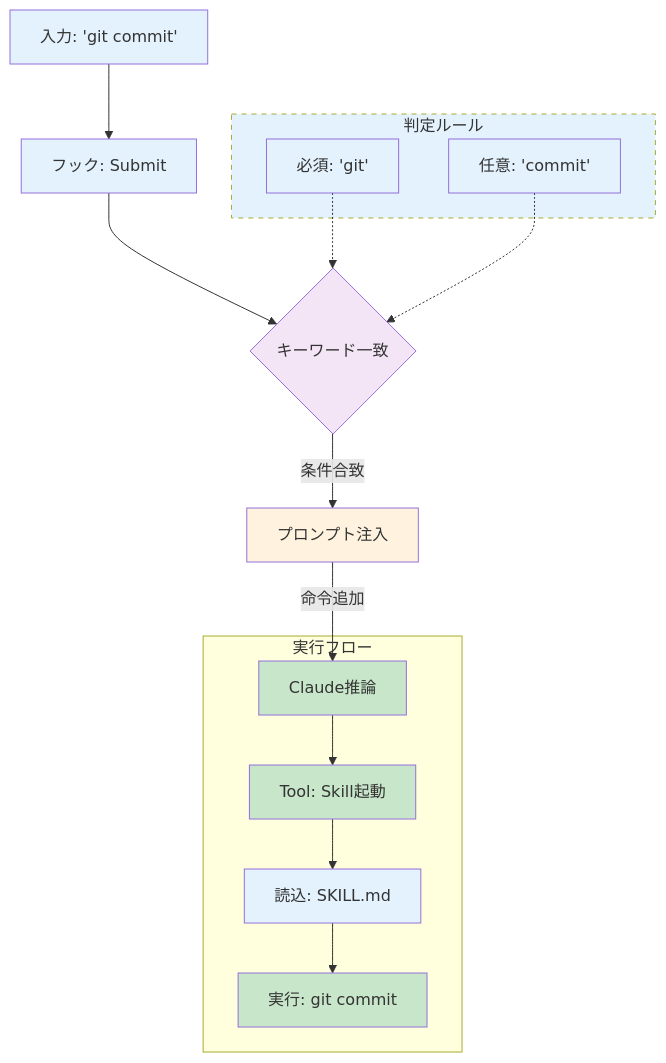
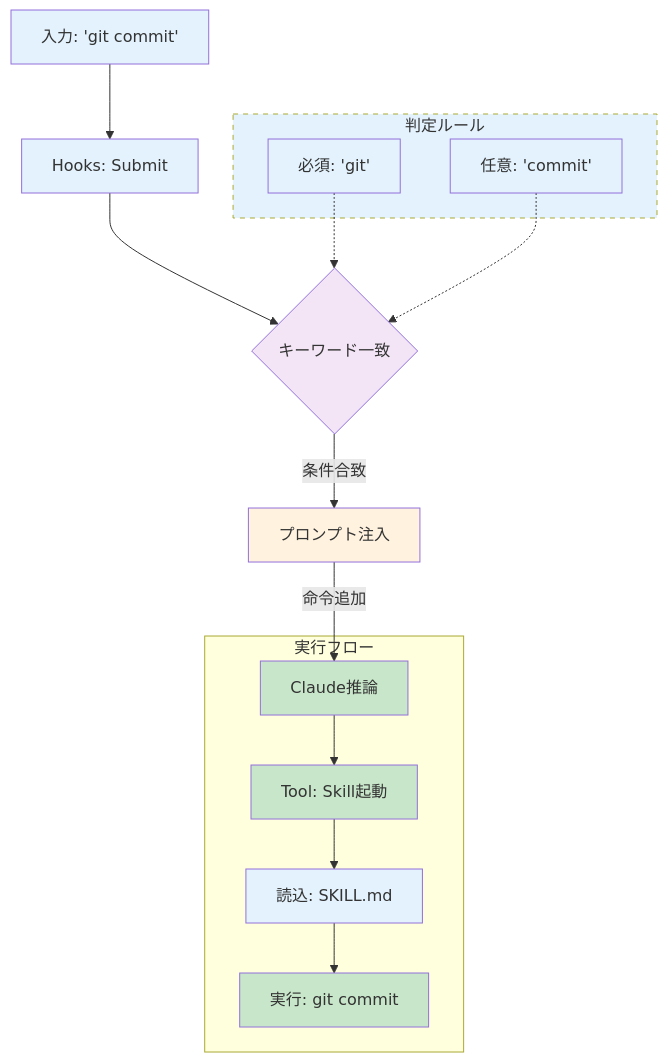
Before and after one commit to Suntory-Y-Water/my-portfolio: the diagram in contents/blog/2025-12-30_claude-code-dynamic-skill-loading.md, drawn with Mermaid. The commit also changed other lines of this file and 1 other file, not shown here.

````diff
--- a/contents/blog/2025-12-30_claude-code-dynamic-skill-loading.md
+++ b/contents/blog/2025-12-30_claude-code-dynamic-skill-loading.md
@@ -107,65 +148,65 @@
 ```mermaid
 flowchart TD
     %% --- データ定義セクション ---
     %% ユーザー入力の具体的内容
     Input[入力: 'git commit']
     
-    %% システムフック
-    Hook[フック: Submit]
+    %% システムHooks
+    Hook[Hooks: Submit]
 
     %% 設定ファイルの内容を分解して可視化
     subgraph Rules [判定ルール]
         ReqRule[必須: 'git']
         AnyRule[任意: 'commit']
     end
 
     %% マッチング判定
     Match{キーワード一致}
 
     %% コンテキスト注入（具体的なキーワードを含める）
     Injection[プロンプト注入]
 
     %% 実行フェーズ
     subgraph Execution [実行フロー]
         Claude[Claude推論]
         Tool[Tool: Skill起動]
         Load[読込: SKILL.md]
         Command[実行: git commit]
     end
 
     %% --- フロー接続セクション ---
     Input --> Hook
     Hook --> Match
     
     %% 設定値の参照関係
     ReqRule -.-> Match
     AnyRule -.-> Match
     
     Match -->|条件合致| Injection
     Injection -->|命令追加| Claude
     Claude --> Tool
     Tool --> Load
     Load --> Command
 
     %% --- スタイル定義セクション ---
     %% 標準色彩パレットに準拠
 
     %% 基本要素・データ (青)
     style Input fill:#e3f2fd
     style Hook fill:#e3f2fd
     style Rules fill:#e3f2fd,stroke-dasharray: 5 5
     style ReqRule fill:#e3f2fd
     style AnyRule fill:#e3f2fd
     style Load fill:#e3f2fd
 
     %% 比較・判定要素 (紫)
     style Match fill:#f3e5f5
 
     %% 重要要素・変更点 (オレンジ)
     style Injection fill:#fff3e0
 
     %% 処理・実行要素 (緑)
     style Claude fill:#c8e6c9
     style Tool fill:#c8e6c9
     style Command fill:#c8e6c9
 ```
````
